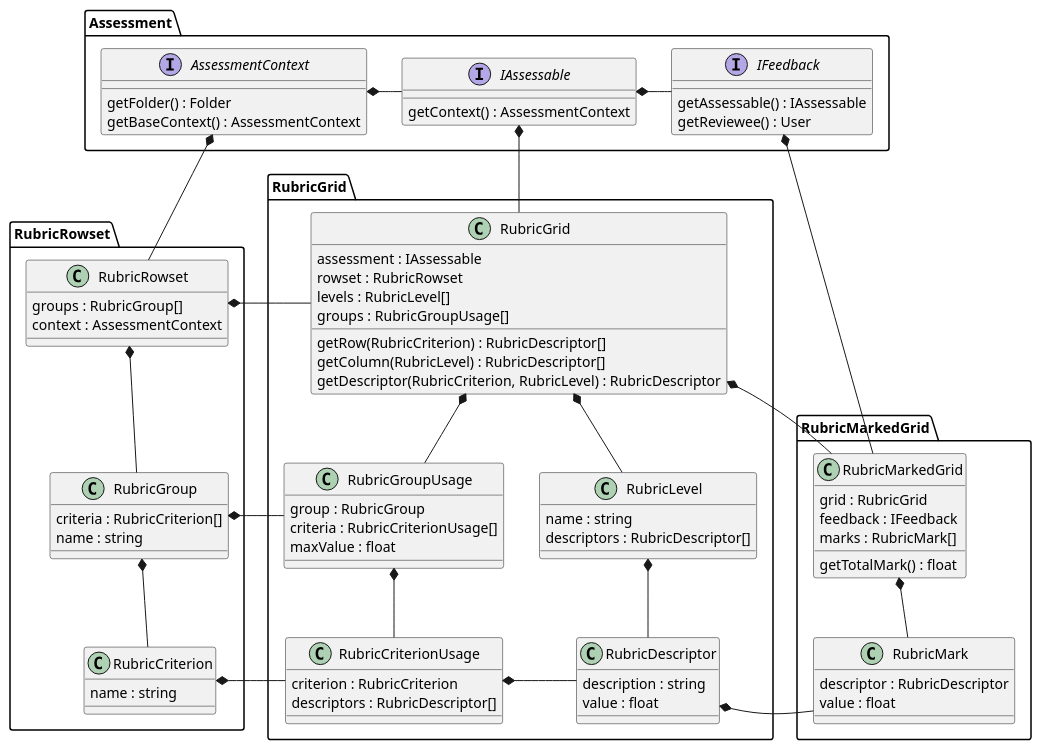
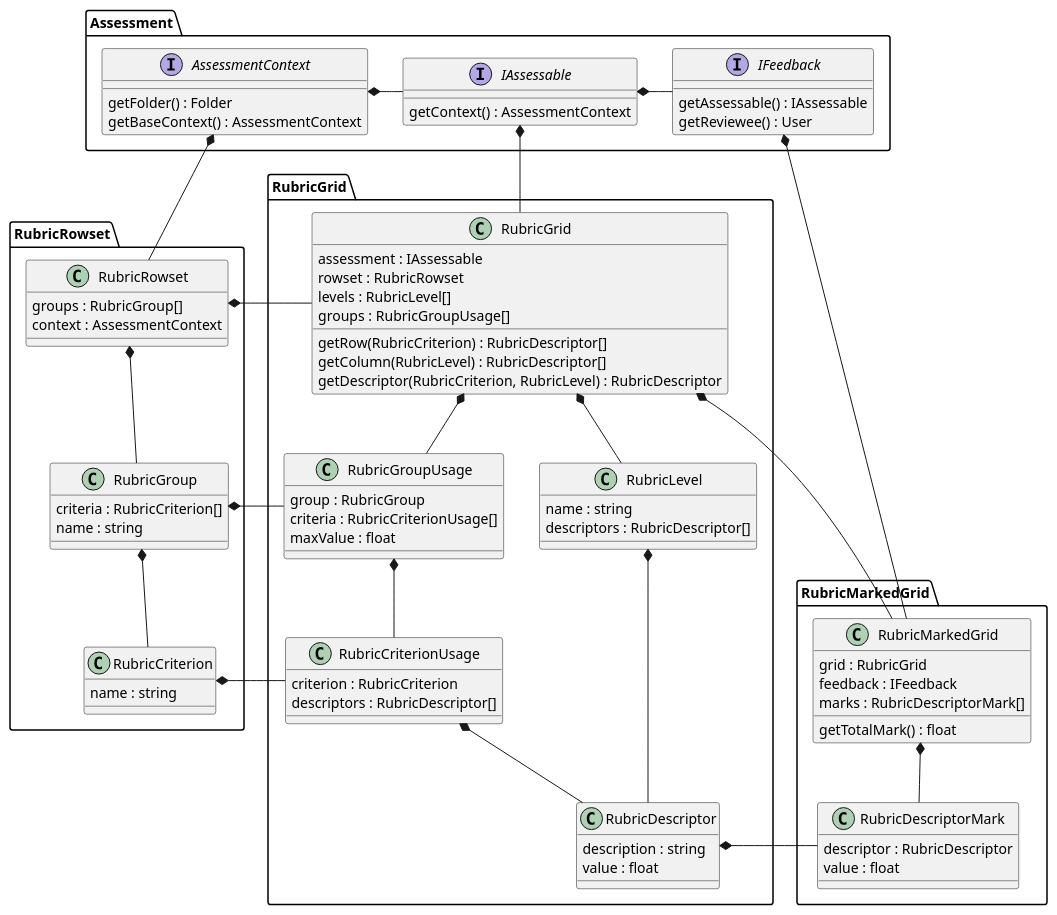
The diagram in library/Schoolbox/Assessment/Rubric/Rubric.plantuml (juliaattrevisan/schoolbox-api-docs), drawn with PlantUML before and after one commit.

Commit message:
Reorganise a little [SA-7281]

```diff
--- a/library/Schoolbox/Assessment/Rubric/Rubric.plantuml
+++ b/library/Schoolbox/Assessment/Rubric/Rubric.plantuml
@@ -1,125 +1,126 @@
 @startuml
 
 namespace Assessment {
 
     interface AssessmentContext {
         getFolder() : Folder
         getBaseContext() : AssessmentContext
     }
 
     interface IAssessable {
         getContext() : AssessmentContext
     }
 
     interface IFeedback {
         getAssessable() : IAssessable
         getReviewee() : User
     }
 
     ' internal relations
     AssessmentContext *-r- IAssessable
     IAssessable *-r- IFeedback
 }
 
 
 namespace RubricRowset {
 
     class RubricRowset {
         groups : RubricGroup[]
         context : AssessmentContext
     }
 
     class RubricGroup {
         criteria : RubricCriterion[]
         name : string
     }
 
     class RubricCriterion {
         name : string
     }
 
     ' internal relations
     RubricRowset *-d- RubricGroup
     RubricGroup *-d- RubricCriterion
 
     ' relation to Assessment
     Assessment.AssessmentContext *-d- RubricRowset
 }
 
 
 namespace RubricGrid {
 
     class RubricGrid {
         assessment : IAssessable
         rowset : RubricRowset
         levels : RubricLevel[]
         groups : RubricGroupUsage[]
         getRow(RubricCriterion) : RubricDescriptor[]
         getColumn(RubricLevel) : RubricDescriptor[]
         getDescriptor(RubricCriterion, RubricLevel) : RubricDescriptor
     }
 
     class RubricGroupUsage {
         group : RubricGroup
         criteria : RubricCriterionUsage[]
         maxValue : float
     }
 
     class RubricCriterionUsage {
         criterion : RubricCriterion
         descriptors : RubricDescriptor[]
     }
 
     class RubricLevel {
         name : string
         descriptors : RubricDescriptor[]
     }
 
     class RubricDescriptor {
         description : string
         value : float
     }
 
     ' internal relations
     RubricGrid *-d- RubricGroupUsage
     RubricGroupUsage *-d- RubricCriterionUsage
-    RubricCriterionUsage *-r- RubricDescriptor
+    RubricCriterionUsage *-d- RubricDescriptor
     RubricGrid *-d- RubricLevel
     RubricLevel *-r- RubricDescriptor
+    RubricLevel *-[hidden]l- RubricGroupUsage
 
     ' relation to Assessment
     Assessment.IAssessable *-d- RubricGrid
 
     ' relation to RubricRowset
     RubricGrid -l-* RubricRowset.RubricRowset
     RubricGroupUsage -l-* RubricRowset.RubricGroup
     RubricCriterionUsage -l-* RubricRowset.RubricCriterion
 }
 
 
 namespace RubricMarkedGrid {
 
     class RubricMarkedGrid {
         grid : RubricGrid
         feedback : IFeedback
-        marks : RubricMark[]
+        marks : RubricDescriptorMark[]
         getTotalMark() : float
     }
 
-    class RubricMark {
+    class RubricDescriptorMark {
         descriptor : RubricDescriptor
         value : float
     }
 
     ' internal relations
-    RubricMarkedGrid *-d- RubricMark
+    RubricMarkedGrid *-d- RubricDescriptorMark
 
     ' relation to Assessment
     Assessment.IFeedback *-d- RubricMarkedGrid
 
     ' relation to RubricGrid
     RubricMarkedGrid -l-* RubricGrid.RubricGrid
-    RubricMark -l-* RubricGrid.RubricDescriptor
+    RubricDescriptorMark -l-* RubricGrid.RubricDescriptor
 }
 
 @enduml
```
